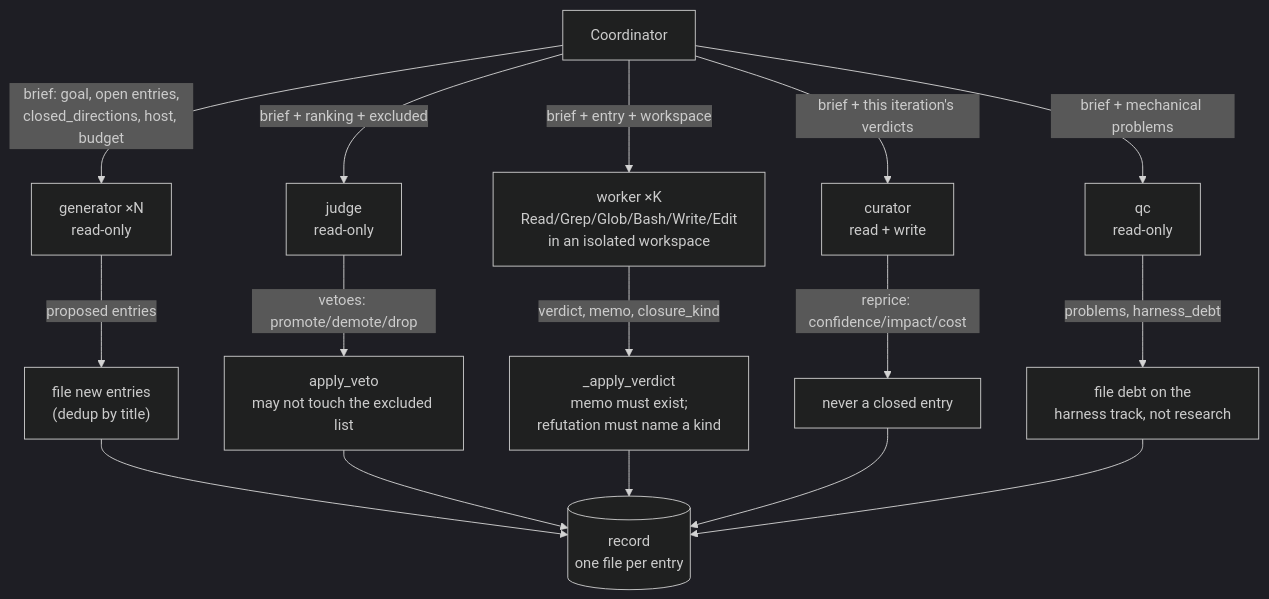
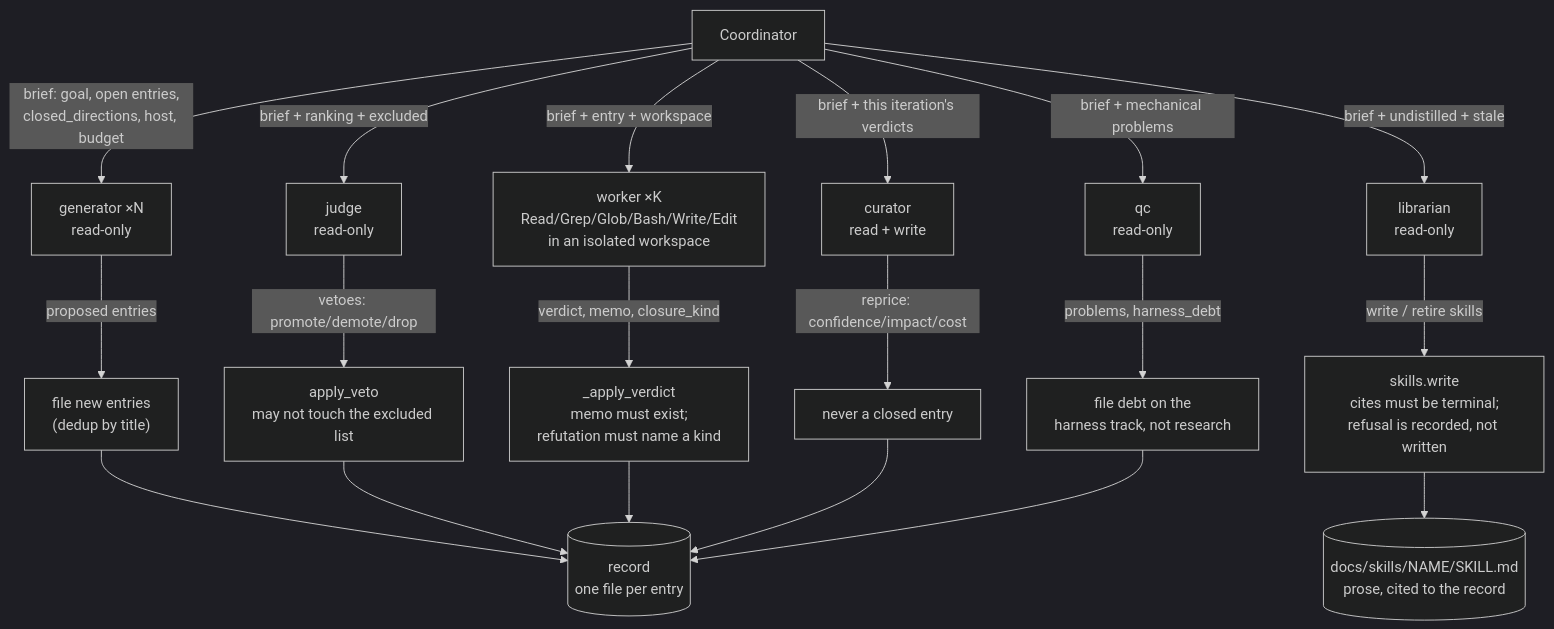
One commit to Ryun1/auto-research-toolkit changed the third of 6 diagrams in docs/ARCHITECTURE.md. Above: the diagram before and after it, drawn with Mermaid (dark theme). The commit also changed other lines of this file and 17 other files, not shown here.

````diff
--- a/docs/ARCHITECTURE.md
+++ b/docs/ARCHITECTURE.md
@@ -124,25 +136,29 @@
 ```mermaid
 flowchart TB
     coord["Coordinator"]
 
     coord -->|"brief: goal, open entries,<br/>closed_directions, host, budget"| gen["generator ×N<br/>read-only"]
     gen -->|"proposed entries"| file["file new entries<br/>(dedup by title)"]
 
     coord -->|"brief + ranking + excluded"| judge["judge<br/>read-only"]
     judge -->|"vetoes: promote/demote/drop"| veto["apply_veto<br/>may not touch the excluded list"]
 
     coord -->|"brief + entry + workspace"| worker["worker ×K<br/>Read/Grep/Glob/Bash/Write/Edit<br/>in an isolated workspace"]
     worker -->|"verdict, memo, closure_kind"| apply["_apply_verdict<br/>memo must exist;<br/>refutation must name a kind"]
 
     coord -->|"brief + this iteration's verdicts"| cur["curator<br/>read + write"]
     cur -->|"reprice: confidence/impact/cost"| repr["never a closed entry"]
 
+    coord -->|"brief + undistilled + stale"| lib["librarian<br/>read-only"]
+    lib -->|"write / retire skills"| skw["skills.write<br/>cites must be terminal;<br/>refusal is recorded, not written"]
+
     coord -->|"brief + mechanical problems"| qc["qc<br/>read-only"]
     qc -->|"problems, harness_debt"| debt["file debt on the<br/>harness track, not research"]
 
     file --> store[("record<br/>one file per entry")]
     veto --> store
     apply --> store
     repr --> store
     debt --> store
+    skw --> sk[("docs/skills/NAME/SKILL.md<br/>prose, cited to the record")]
 ```
````
